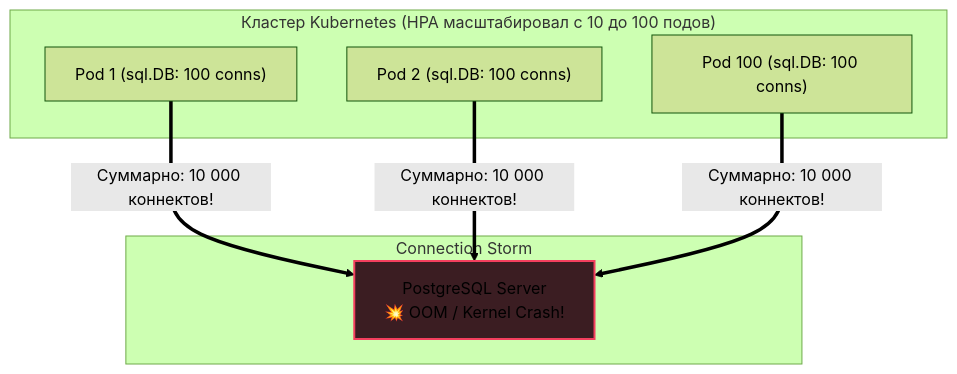
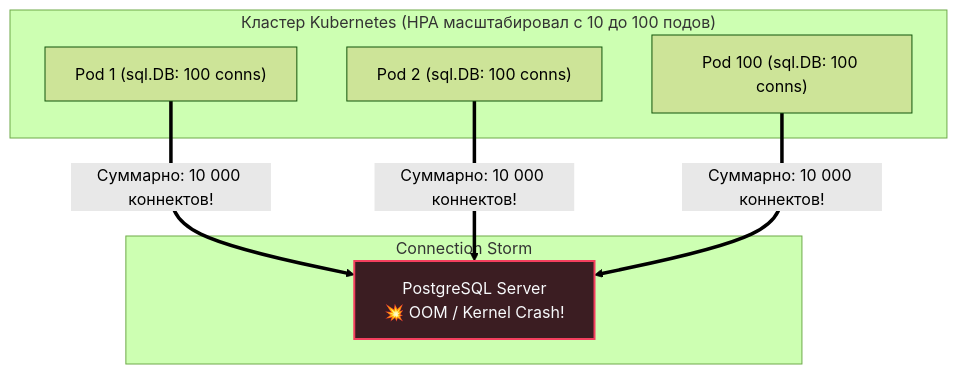
Before and after one commit to UnrealTemplier/go-textbook: the fourth of 5 diagrams in sources/14. Распределенные системы на Go/07. Kubernetes и деплой/5. Horizontal scaling.md, drawn with Mermaid (forest theme). The commit also changed 310 other files, not shown here.

First line of the commit message:
fix(mermaid): replace light fill colors with dark palette for readability on dark theme

````diff
--- a/sources/14. Распределенные системы на Go/07. Kubernetes и деплой/5. Horizontal scaling.md
+++ b/sources/14. Распределенные системы на Go/07. Kubernetes и деплой/5. Horizontal scaling.md
@@ -208,14 +208,14 @@
 ```mermaid
 flowchart TD
     subgraph K8s["Кластер Kubernetes (HPA масштабировал с 10 до 100 подов)"]
         P1["Pod 1 (sql.DB: 100 conns)"]
         P2["Pod 2 (sql.DB: 100 conns)"]
         P100["Pod 100 (sql.DB: 100 conns)"]
     end
 
     subgraph Storm["Connection Storm"]
         P1 & P2 & P100 ==>|"Суммарно: 10 000 коннектов!"| DB["PostgreSQL Server\n💥 OOM / Kernel Crash!"]
     end
 
-    style DB fill:#3b1d22,stroke:#f43f5e,stroke-width:2px
+    style DB fill:#3b1d22,stroke:#f43f5e,stroke-width:2px,color:#f8fafc
 ```
````
